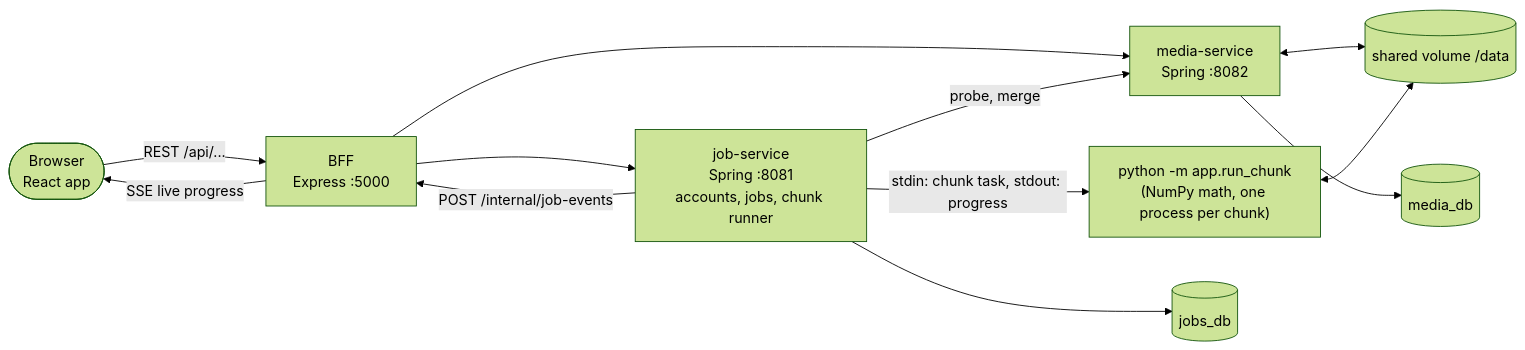
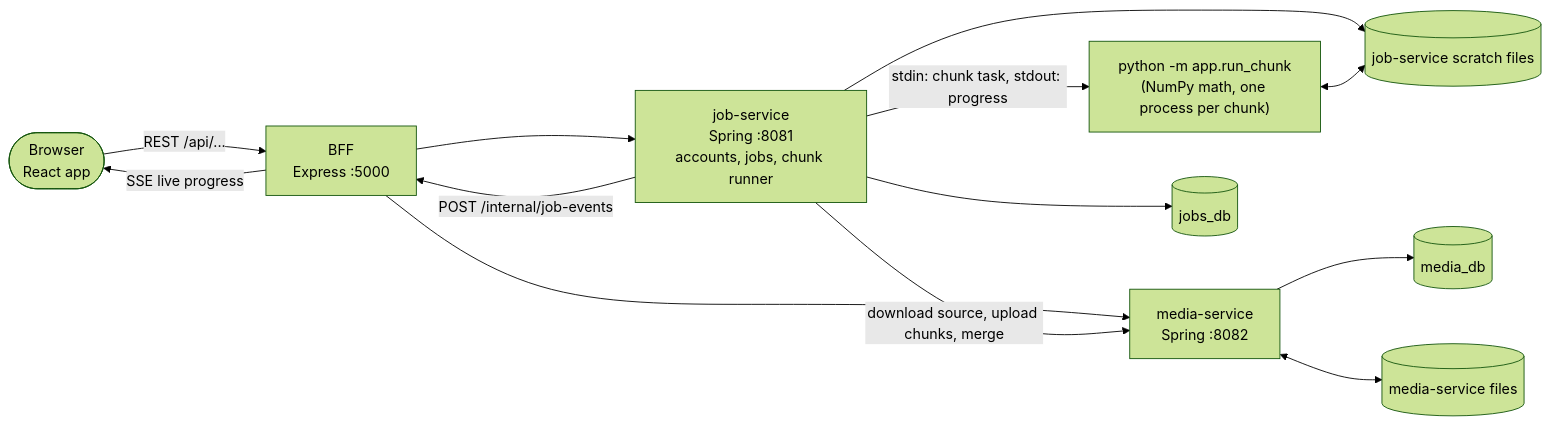
One commit to JianoFreo/InfiniteFlow_AI changed the first of 4 diagrams in README.md. Above: the diagram before and after it, drawn with Mermaid (forest theme). The commit also changed other lines of this file and 11 other files, not shown here.

````diff
--- a/README.md
+++ b/README.md
@@ -68,23 +68,25 @@
 ```mermaid
 flowchart LR
     browser(["Browser<br/>React app"])
     bff["BFF<br/>Express :5000"]
     job["job-service<br/>Spring :8081<br/>accounts, jobs, chunk runner"]
     media["media-service<br/>Spring :8082"]
     py["python -m app.run_chunk<br/>(NumPy math, one process per chunk)"]
     jobsdb[("jobs_db")]
     mediadb[("media_db")]
-    files[("shared volume /data")]
+    files[("media-service files")]
+    scratch[("job-service scratch files")]
 
     browser -- "REST /api/..." --> bff
     bff -- "SSE live progress" --> browser
     bff --> job
     bff --> media
     job -- "POST /internal/job-events" --> bff
     job --> jobsdb
     media --> mediadb
     job -- "stdin: chunk task, stdout: progress" --> py
-    job -- "probe, merge" --> media
+    job -- "download source, upload chunks, merge" --> media
     media <--> files
-    py <--> files
+    job --> scratch
+    py <--> scratch
 ```
````
